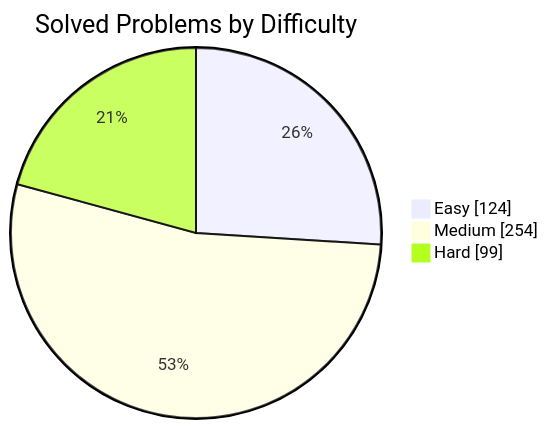
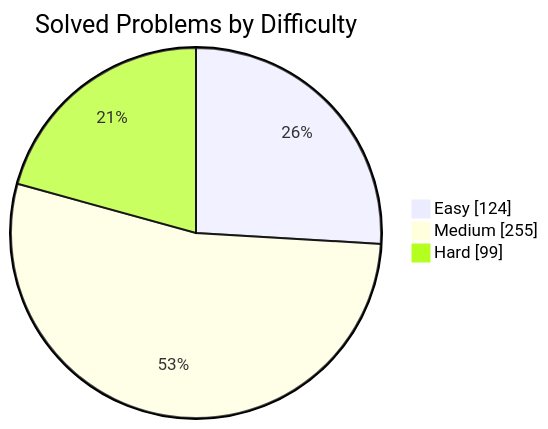
Before and after one commit to manikantbindass/DSA-Preparation-FAANG: the first of 2 diagrams in README.md, drawn with Mermaid. The commit also changed other lines of this file and 1 other file, not shown here.

````diff
--- a/README.md
+++ b/README.md
@@ -77,7 +77,7 @@
 ```mermaid
 pie showData
     title Solved Problems by Difficulty
     "Easy" : 124
-    "Medium" : 254
+    "Medium" : 255
     "Hard" : 99
 ```
````
